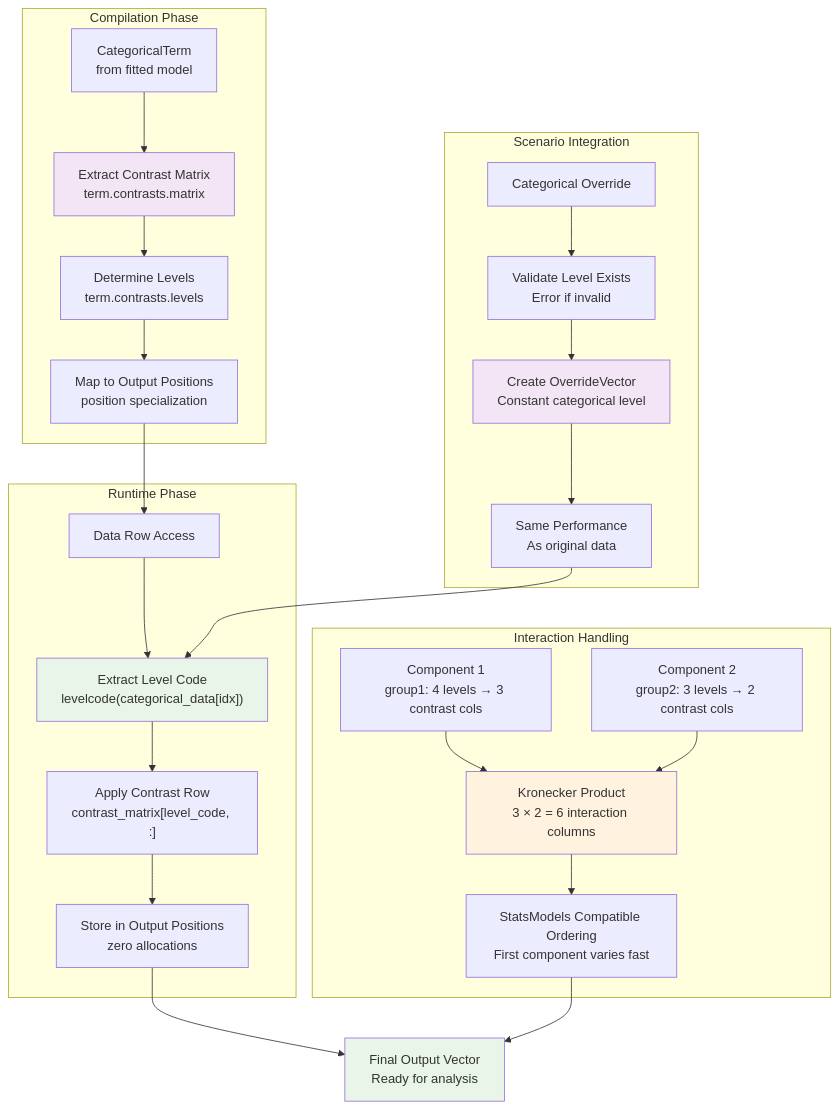
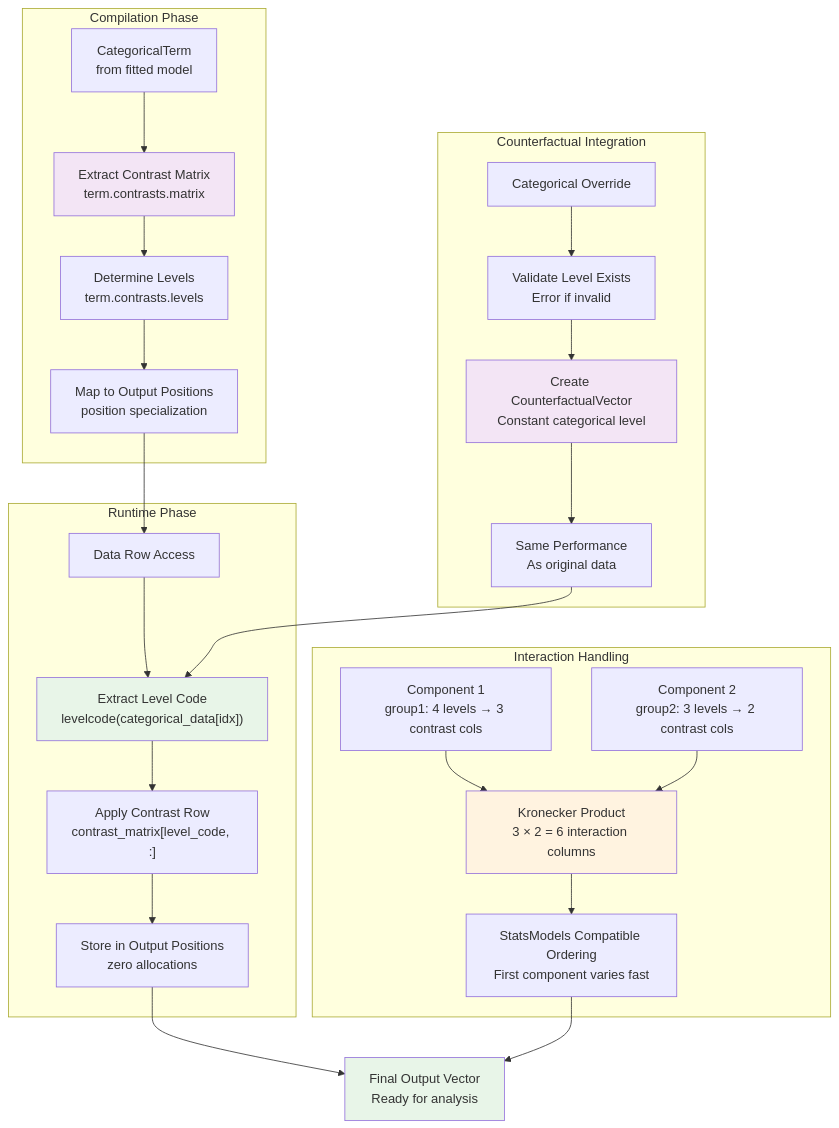
Before and after one commit to emfeltham/FormulaCompiler.jl: the diagram in docs/diagrams/categorical_system.mmd, drawn with Mermaid. The commit also changed 1 other file, not shown here.

Commit message:
docs: diagrams

```diff
--- a/docs/diagrams/categorical_system.mmd
+++ b/docs/diagrams/categorical_system.mmd
@@ -1,39 +1,39 @@
 graph TD
     subgraph "Compilation Phase"
         A["CategoricalTerm<br>from fitted model"] --> B["Extract Contrast Matrix<br>term.contrasts.matrix"]
         B --> C["Determine Levels<br>term.contrasts.levels"]
         C --> D["Map to Output Positions<br>position specialization"]
     end
     
     subgraph "Runtime Phase"  
         E["Data Row Access"] --> F["Extract Level Code<br>levelcode(categorical_data[idx])"]
         F --> G["Apply Contrast Row<br>contrast_matrix[level_code, :]"]
         G --> H["Store in Output Positions<br>zero allocations"]
     end
     
     subgraph "Interaction Handling"
         I["Component 1<br>group1: 4 levels → 3 contrast cols"]
         J["Component 2<br>group2: 3 levels → 2 contrast cols"]
         
         I --> K["Kronecker Product<br>3 × 2 = 6 interaction columns"]
         J --> K
         
         K --> L["StatsModels Compatible Ordering<br>First component varies fast"]
     end
     
-    subgraph "Scenario Integration"
+    subgraph "Counterfactual Integration"
         M["Categorical Override"] --> N["Validate Level Exists<br>Error if invalid"]
-        N --> O["Create OverrideVector<br>Constant categorical level"]
+        N --> O["Create CounterfactualVector<br>Constant categorical level"]
         O --> P["Same Performance<br>As original data"]
     end
     
     D --> E
     H --> Output["Final Output Vector<br>Ready for analysis"]
     L --> Output
     P --> F
     
     style B fill:#f3e5f5
     style F fill:#e8f5e8
     style K fill:#fff3e0
     style O fill:#f3e5f5
     style Output fill:#e8f5e8
```
